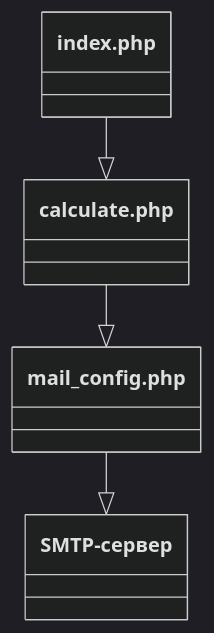
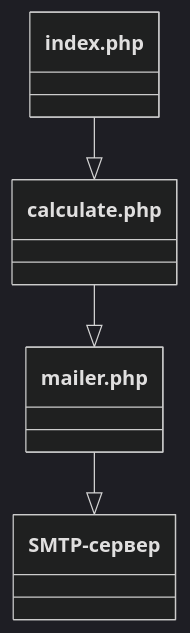
One commit to AlexandrAnatoliev/freelance1 changed the diagram in f1/README.md. Above: the diagram before and after it, drawn with Mermaid (dark theme). The commit also changed other lines of this file and 2 other files, not shown here.

Commit message:
refactor: rename mail_config to mailer

````diff
--- a/f1/README.md
+++ b/f1/README.md
@@ -69,19 +69,19 @@
 ```mermaid
 classDiagram
   
   class index.php {
   }
 
   class calculate.php {
   }
 
-  class mail_config.php {
+  class mailer.php {
   }
 
   class SMTP-сервер {
   }
 
   index.php --|> calculate.php
-  calculate.php --|> mail_config.php
-  mail_config.php --|> SMTP-сервер
+  calculate.php --|> mailer.php
+  mailer.php --|> SMTP-сервер
 ```
````
